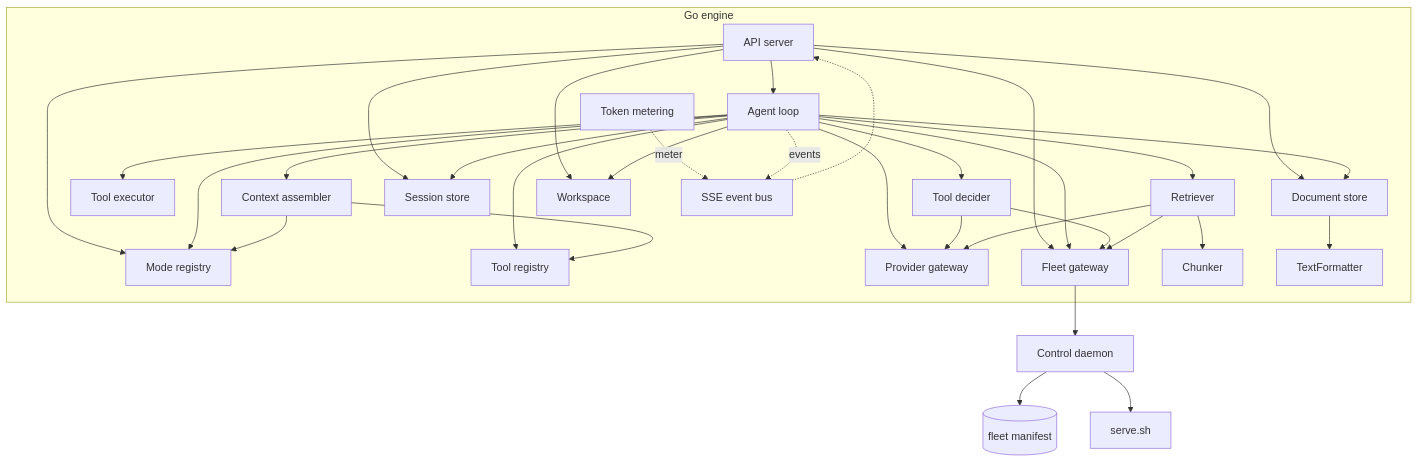
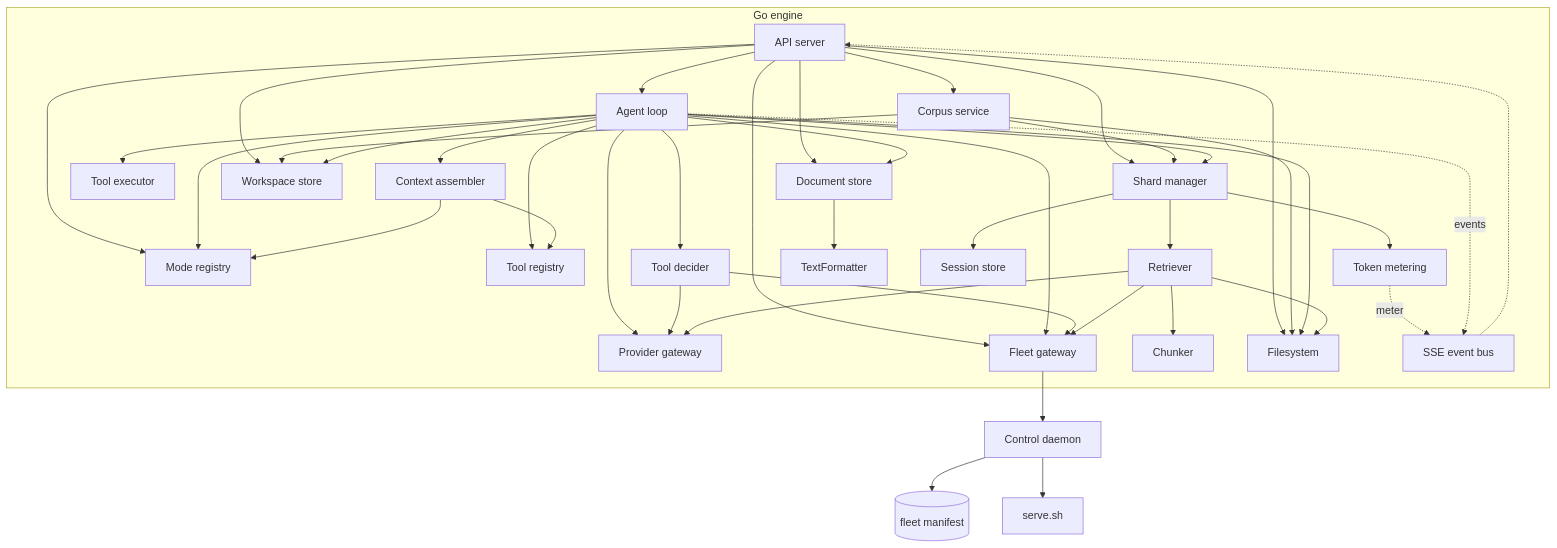
The third of 7 diagrams in docs/writing-assistant/architecture.md (Snorre98/texteditor), drawn with Mermaid before and after one commit. The commit also changed other lines of this file and 60 other files, not shown here.

````diff
--- a/docs/writing-assistant/architecture.md
+++ b/docs/writing-assistant/architecture.md
@@ -143,57 +143,69 @@
 ```mermaid
 flowchart TB
     subgraph Engine[Go engine]
         API[API server]
         Loop[Agent loop]
         Assembler[Context assembler]
         Mode[Mode registry]
         ToolReg[Tool registry]
         ToolExec[Tool executor]
         Decider[Tool decider]
         Prov[Provider gateway]
         Fleet[Fleet gateway]
         Meter[Token metering]
         Ret[Retriever]
         Chunker[Chunker]
         TextFormatter[TextFormatter]
         Sess[Session store]
         Doc[Document store]
-        WS[Workspace]
+        FS[Filesystem]
+        WStore[Workspace store]
+        Shards[Shard manager]
+        Corpus[Corpus service]
         Bus[SSE event bus]
     end
     Daemon[Control daemon]
     Manifest[(fleet manifest)]
     Exec[serve.sh]
 
     API --> Loop
     API --> Doc
     API --> Mode
     API --> Fleet
-    API --> Sess
+    API --> FS
+    API --> WStore
+    API --> Shards
+    API --> Corpus
+    Corpus --> WStore
+    Corpus --> FS
+    Corpus --> Shards
     Loop --> Mode
     Loop --> ToolReg
     Loop --> ToolExec
     Loop --> Assembler
     Loop --> Prov
     Loop --> Fleet
     Loop --> Doc
-    Loop --> Ret
-    Loop --> Sess
+    Loop --> WStore
+    Loop --> Shards
+    Loop --> FS
     Loop --> Decider
     Decider --> Fleet
     Decider --> Prov
     Assembler --> Mode
     Assembler --> ToolReg
     Ret --> Fleet
     Ret --> Prov
     Ret --> Chunker
+    Ret --> FS
     Doc --> TextFormatter
-    API --> WS
-    Loop --> WS
+    Shards --> Ret
+    Shards --> Sess
+    Shards --> Meter
     Fleet --> Daemon
     Daemon --> Manifest
     Daemon --> Exec
     Meter -.meter.-> Bus
     Loop -.events.-> Bus
     Bus -.-> API
 ```
````
